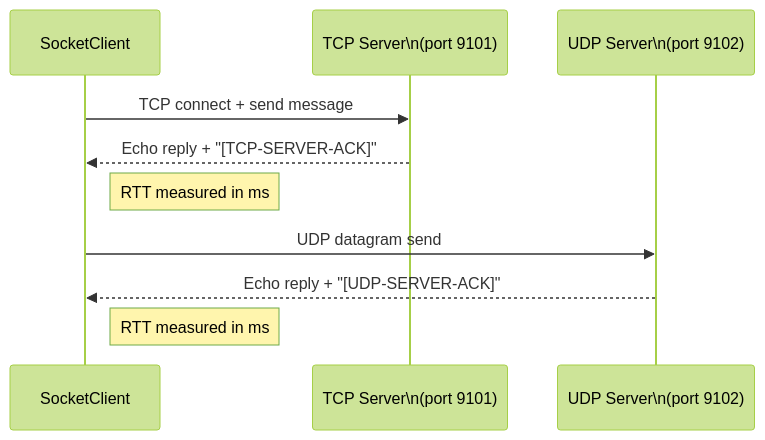
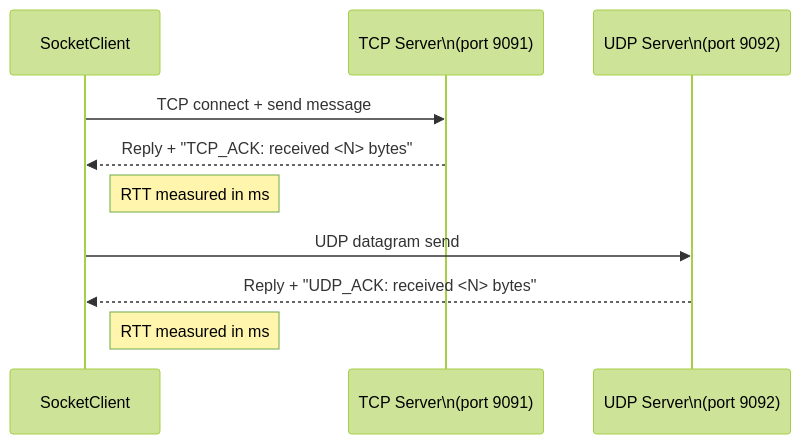
The tenth of 11 diagrams in README.md (Eldo-John-Giby/Adaptive-Network-Routing-Congestion-Control), drawn with Mermaid (forest theme) before and after one commit. The commit also changed other lines of this file and 1 other file, not shown here.

````diff
--- a/README.md
+++ b/README.md
@@ -325,14 +438,14 @@
 ```mermaid
 sequenceDiagram
 participant C as SocketClient
-participant ST as TCP Server\n(port 9101)
-participant SU as UDP Server\n(port 9102)
+participant ST as TCP Server\n(port 9091)
+participant SU as UDP Server\n(port 9092)
 
 C->>ST: TCP connect + send message
-ST-->>C: Echo reply + "[TCP-SERVER-ACK]"
+ST-->>C: Reply + "TCP_ACK: received <N> bytes"
 Note right of C: RTT measured in ms
 
 C->>SU: UDP datagram send
-SU-->>C: Echo reply + "[UDP-SERVER-ACK]"
+SU-->>C: Reply + "UDP_ACK: received <N> bytes"
 Note right of C: RTT measured in ms
 ```
````
